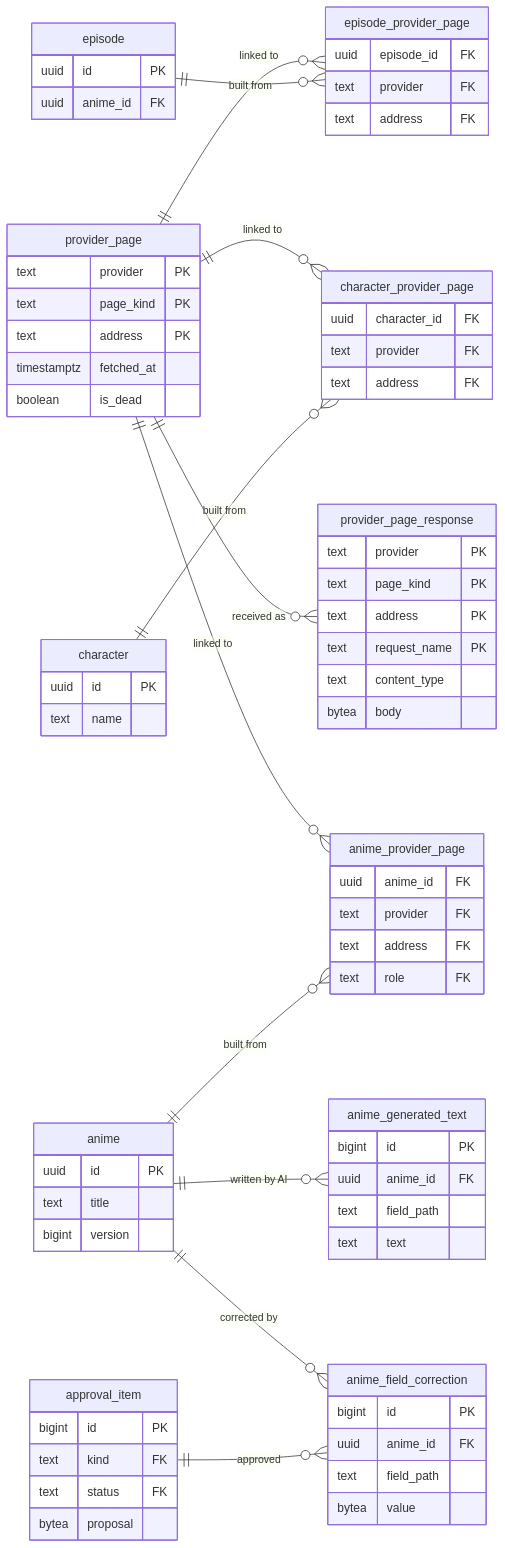
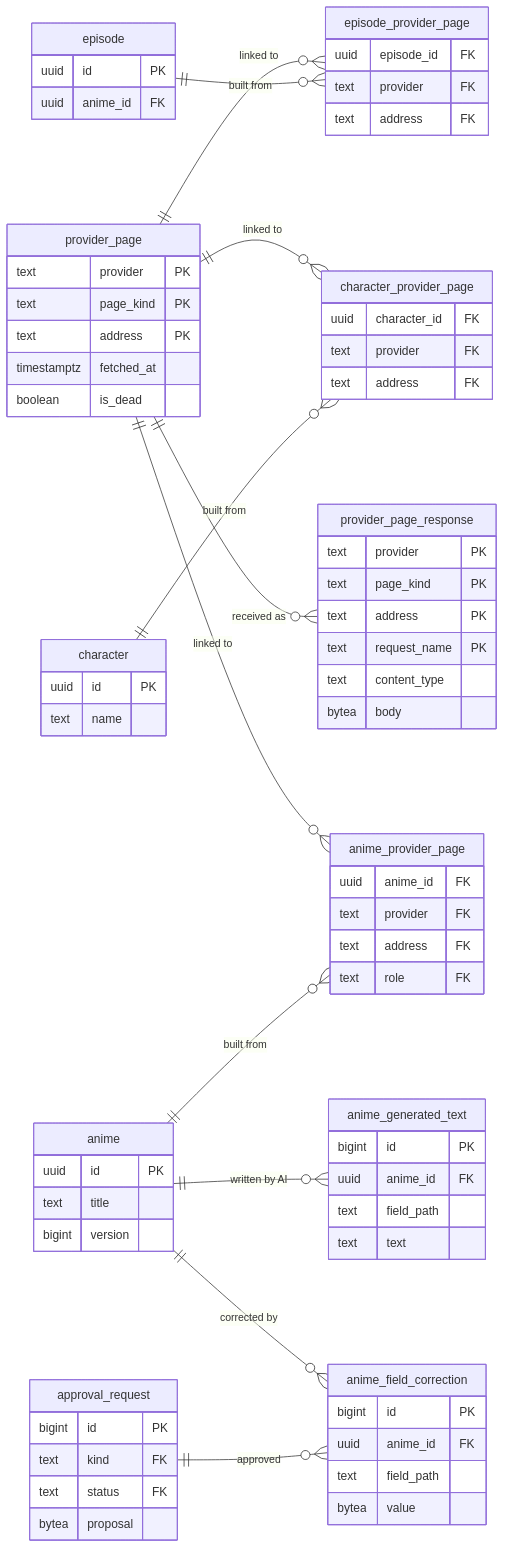
Before and after one commit to adnanaq/echora: the first of 7 diagrams in docs/architecture/Database Schema.md, drawn with Mermaid. The commit also changed other lines of this file and 9 other files, not shown here.

First line of the commit message:
docs(architecture): update graph plan and naming

````diff
--- a/docs/architecture/Database Schema.md
+++ b/docs/architecture/Database Schema.md
@@ -48,77 +48,77 @@
 ```mermaid
 erDiagram
   direction LR
   provider_page ||--o{ provider_page_response : "received as"
   provider_page ||--o{ anime_provider_page : "linked to"
   provider_page ||--o{ episode_provider_page : "linked to"
   provider_page ||--o{ character_provider_page : "linked to"
   anime ||--o{ anime_provider_page : "built from"
   episode ||--o{ episode_provider_page : "built from"
   character ||--o{ character_provider_page : "built from"
   anime ||--o{ anime_field_correction : "corrected by"
   anime ||--o{ anime_generated_text : "written by AI"
-  approval_item ||--o{ anime_field_correction : "approved"
+  approval_request ||--o{ anime_field_correction : "approved"
 
   provider_page {
     text provider PK
     text page_kind PK
     text address PK
     timestamptz fetched_at
     boolean is_dead
   }
   provider_page_response {
     text provider PK
     text page_kind PK
     text address PK
     text request_name PK
     text content_type
     bytea body
   }
   anime_provider_page {
     uuid anime_id FK
     text provider FK
     text address FK
     text role FK
   }
   episode_provider_page {
     uuid episode_id FK
     text provider FK
     text address FK
   }
   character_provider_page {
     uuid character_id FK
     text provider FK
     text address FK
   }
   anime {
     uuid id PK
     text title
     bigint version
   }
   episode {
     uuid id PK
     uuid anime_id FK
   }
   character {
     uuid id PK
     text name
   }
   anime_field_correction {
     bigint id PK
     uuid anime_id FK
     text field_path
     bytea value
   }
   anime_generated_text {
     bigint id PK
     uuid anime_id FK
     text field_path
     text text
   }
-  approval_item {
+  approval_request {
     bigint id PK
     text kind FK
     text status FK
     bytea proposal
   }
 ```
````
